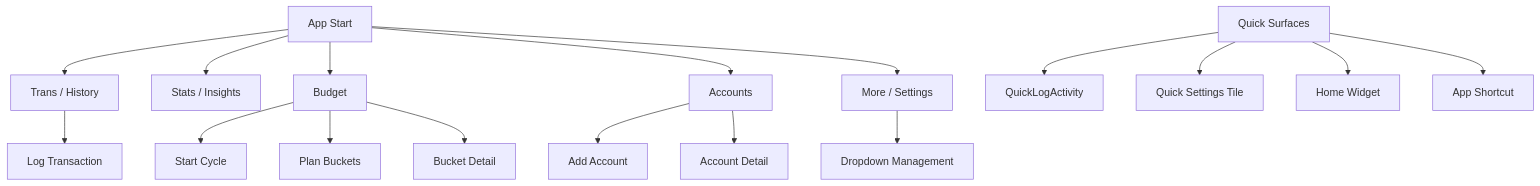
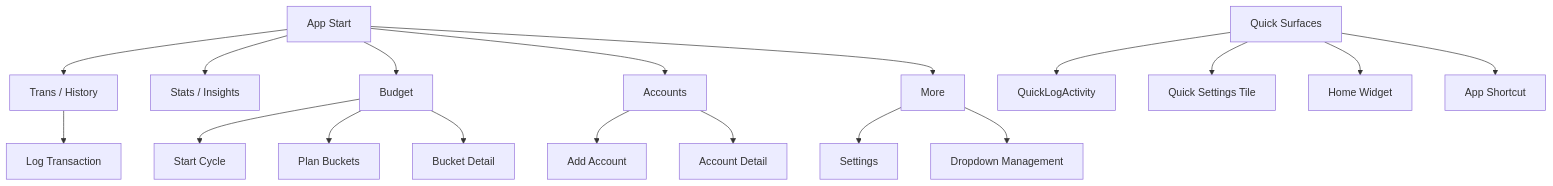
Before and after one commit to issaczerubbabela/L-Edgar: the second of 5 diagrams in docs/ARCHITECTURE.md, drawn with Mermaid. The commit also changed other lines of this file and 9 other files, not shown here.

First line of the commit message:
Split More into a launcher and a Settings screen

````diff
--- a/docs/ARCHITECTURE.md
+++ b/docs/ARCHITECTURE.md
@@ -77,23 +77,23 @@
 ```mermaid
 flowchart TD
     A[App Start] --> B[Trans / History]
     A --> C[Stats / Insights]
     A --> BG[Budget]
     A --> D[Accounts]
-    A --> E[More / Settings]
+    A --> E[More] --> E2[Settings]
 
     B --> B1[Log Transaction]
     BG --> BG1[Start Cycle]
     BG --> BG2[Plan Buckets]
     BG --> BG3[Bucket Detail]
 
     D --> D1[Add Account]
     D --> D2[Account Detail]
 
     E --> E1[Dropdown Management]
 
     Q[Quick Surfaces] --> Q1[QuickLogActivity]
     Q[Quick Surfaces] --> Q2[Quick Settings Tile]
     Q[Quick Surfaces] --> Q3[Home Widget]
     Q[Quick Surfaces] --> Q4[App Shortcut]
 ```
````
